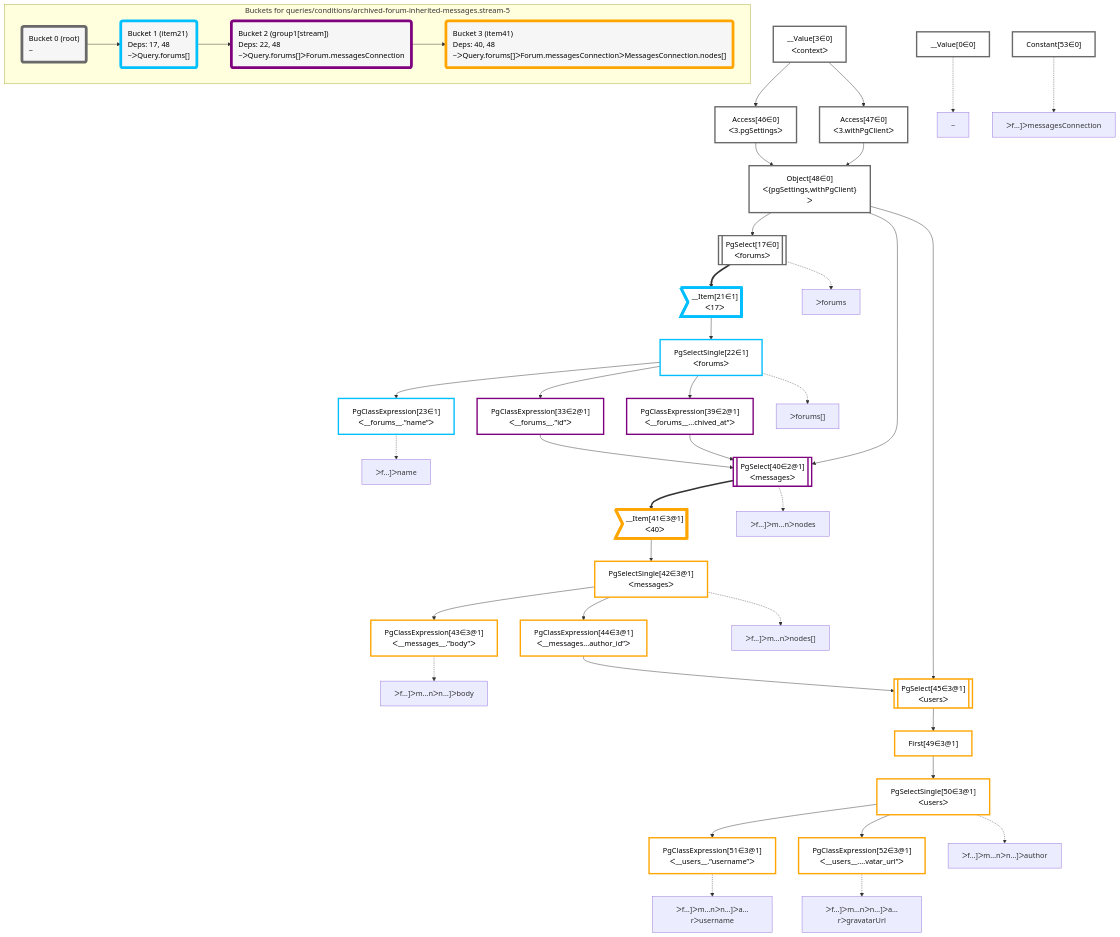
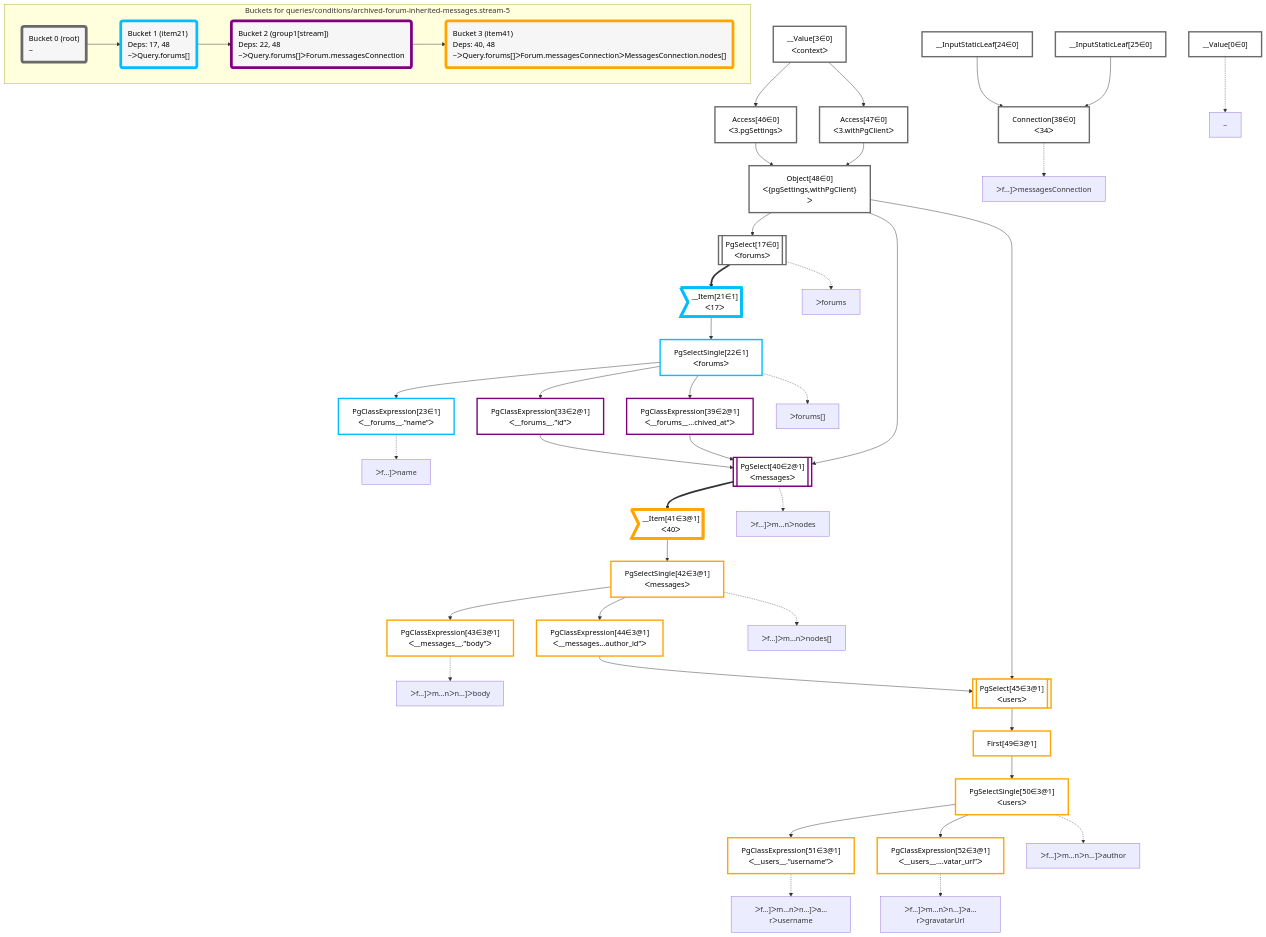
One commit to graphile/crystal changed the diagram in packages/dataplan-pg/__tests__/queries/conditions/archived-forum-inherited-messages.stream-5.deopt.mermaid. Above: the diagram before and after it, drawn with Mermaid. The commit also changed 59 other files, not shown here.

```diff
--- a/packages/dataplan-pg/__tests__/queries/conditions/archived-forum-inherited-messages.stream-5.deopt.mermaid
+++ b/packages/dataplan-pg/__tests__/queries/conditions/archived-forum-inherited-messages.stream-5.deopt.mermaid
@@ -1,94 +1,97 @@
 graph TD
     classDef path fill:#eee,stroke:#000,color:#000
     classDef plan fill:#fff,stroke-width:3px,color:#000
     classDef itemplan fill:#fff,stroke-width:6px,color:#000
     classDef sideeffectplan fill:#f00,stroke-width:6px,color:#000
     classDef bucket fill:#f6f6f6,color:#000,stroke-width:6px,text-align:left
 
 
     %% define plans
     __Value0["__Value[0∈0]"]:::plan
     __Value3["__Value[3∈0]<br />ᐸcontextᐳ"]:::plan
     Access46["Access[46∈0]<br />ᐸ3.pgSettingsᐳ"]:::plan
     Access47["Access[47∈0]<br />ᐸ3.withPgClientᐳ"]:::plan
     Object48["Object[48∈0]<br />ᐸ{pgSettings,withPgClient}ᐳ"]:::plan
     PgSelect17[["PgSelect[17∈0]<br />ᐸforumsᐳ"]]:::plan
     __Item21>"__Item[21∈1]<br />ᐸ17ᐳ"]:::itemplan
     PgSelectSingle22["PgSelectSingle[22∈1]<br />ᐸforumsᐳ"]:::plan
     PgClassExpression23["PgClassExpression[23∈1]<br />ᐸ__forums__.”name”ᐳ"]:::plan
+    __InputStaticLeaf24["__InputStaticLeaf[24∈0]"]:::plan
+    __InputStaticLeaf25["__InputStaticLeaf[25∈0]"]:::plan
     PgClassExpression33["PgClassExpression[33∈2@1]<br />ᐸ__forums__.”id”ᐳ"]:::plan
-    Constant53["Constant[53∈0]"]:::plan
+    Connection38["Connection[38∈0]<br />ᐸ34ᐳ"]:::plan
     PgClassExpression39["PgClassExpression[39∈2@1]<br />ᐸ__forums__...chived_at”ᐳ"]:::plan
     PgSelect40[["PgSelect[40∈2@1]<br />ᐸmessagesᐳ"]]:::plan
     __Item41>"__Item[41∈3@1]<br />ᐸ40ᐳ"]:::itemplan
     PgSelectSingle42["PgSelectSingle[42∈3@1]<br />ᐸmessagesᐳ"]:::plan
     PgClassExpression43["PgClassExpression[43∈3@1]<br />ᐸ__messages__.”body”ᐳ"]:::plan
     PgClassExpression44["PgClassExpression[44∈3@1]<br />ᐸ__messages...author_id”ᐳ"]:::plan
     PgSelect45[["PgSelect[45∈3@1]<br />ᐸusersᐳ"]]:::plan
     First49["First[49∈3@1]"]:::plan
     PgSelectSingle50["PgSelectSingle[50∈3@1]<br />ᐸusersᐳ"]:::plan
     PgClassExpression51["PgClassExpression[51∈3@1]<br />ᐸ__users__.”username”ᐳ"]:::plan
     PgClassExpression52["PgClassExpression[52∈3@1]<br />ᐸ__users__....vatar_url”ᐳ"]:::plan
 
     %% plan dependencies
     __Value3 --> Access46
     __Value3 --> Access47
     Access46 & Access47 --> Object48
     Object48 --> PgSelect17
     PgSelect17 ==> __Item21
     __Item21 --> PgSelectSingle22
     PgSelectSingle22 --> PgClassExpression23
     PgSelectSingle22 --> PgClassExpression33
+    __InputStaticLeaf24 & __InputStaticLeaf25 --> Connection38
     PgSelectSingle22 --> PgClassExpression39
     Object48 & PgClassExpression33 & PgClassExpression39 --> PgSelect40
     PgSelect40 ==> __Item41
     __Item41 --> PgSelectSingle42
     PgSelectSingle42 --> PgClassExpression43
     PgSelectSingle42 --> PgClassExpression44
     Object48 & PgClassExpression44 --> PgSelect45
     PgSelect45 --> First49
     First49 --> PgSelectSingle50
     PgSelectSingle50 --> PgClassExpression51
     PgSelectSingle50 --> PgClassExpression52
 
     %% plan-to-path relationships
     P0["~"]
     __Value0 -.-> P0
     P17["ᐳforums"]
     PgSelect17 -.-> P17
     P22["ᐳforums[]"]
     PgSelectSingle22 -.-> P22
     P23["ᐳf…]ᐳname"]
     PgClassExpression23 -.-> P23
+    P38["ᐳf…]ᐳmessagesConnection"]
+    Connection38 -.-> P38
     P40["ᐳf…]ᐳm…nᐳnodes"]
     PgSelect40 -.-> P40
     P42["ᐳf…]ᐳm…nᐳnodes[]"]
     PgSelectSingle42 -.-> P42
     P43["ᐳf…]ᐳm…nᐳn…]ᐳbody"]
     PgClassExpression43 -.-> P43
     P50["ᐳf…]ᐳm…nᐳn…]ᐳauthor"]
     PgSelectSingle50 -.-> P50
     P51["ᐳf…]ᐳm…nᐳn…]ᐳa…rᐳusername"]
     PgClassExpression51 -.-> P51
     P52["ᐳf…]ᐳm…nᐳn…]ᐳa…rᐳgravatarUrl"]
     PgClassExpression52 -.-> P52
-    P53["ᐳf…]ᐳmessagesConnection"]
-    Constant53 -.-> P53
 
     subgraph "Buckets for queries/conditions/archived-forum-inherited-messages.stream-5"
     Bucket0("Bucket 0 (root)<br />~"):::bucket
     classDef bucket0 stroke:#696969
-    class Bucket0,__Value0,__Value3,PgSelect17,Access46,Access47,Object48,Constant53 bucket0
+    class Bucket0,__Value0,__Value3,PgSelect17,__InputStaticLeaf24,__InputStaticLeaf25,Connection38,Access46,Access47,Object48 bucket0
     Bucket1("Bucket 1 (item21)<br />Deps: 17, 48<br />~ᐳQuery.forums[]"):::bucket
     classDef bucket1 stroke:#00bfff
     class Bucket1,__Item21,PgSelectSingle22,PgClassExpression23 bucket1
     Bucket2("Bucket 2 (group1[stream])<br />Deps: 22, 48<br />~ᐳQuery.forums[]ᐳForum.messagesConnection"):::bucket
     classDef bucket2 stroke:#7f007f
     class Bucket2,PgClassExpression33,PgClassExpression39,PgSelect40 bucket2
     Bucket3("Bucket 3 (item41)<br />Deps: 40, 48<br />~ᐳQuery.forums[]ᐳForum.messagesConnectionᐳMessagesConnection.nodes[]"):::bucket
     classDef bucket3 stroke:#ffa500
     class Bucket3,__Item41,PgSelectSingle42,PgClassExpression43,PgClassExpression44,PgSelect45,First49,PgSelectSingle50,PgClassExpression51,PgClassExpression52 bucket3
     Bucket0 --> Bucket1
     Bucket1 --> Bucket2
     Bucket2 --> Bucket3
     end
```
